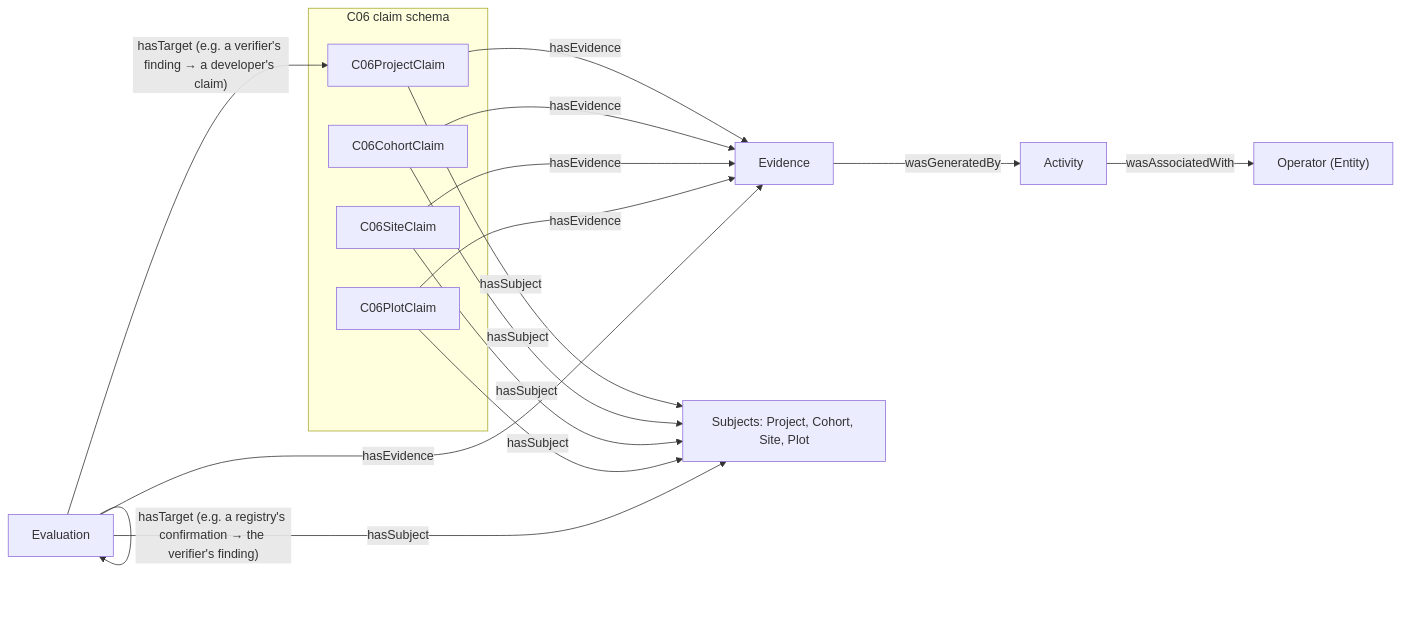
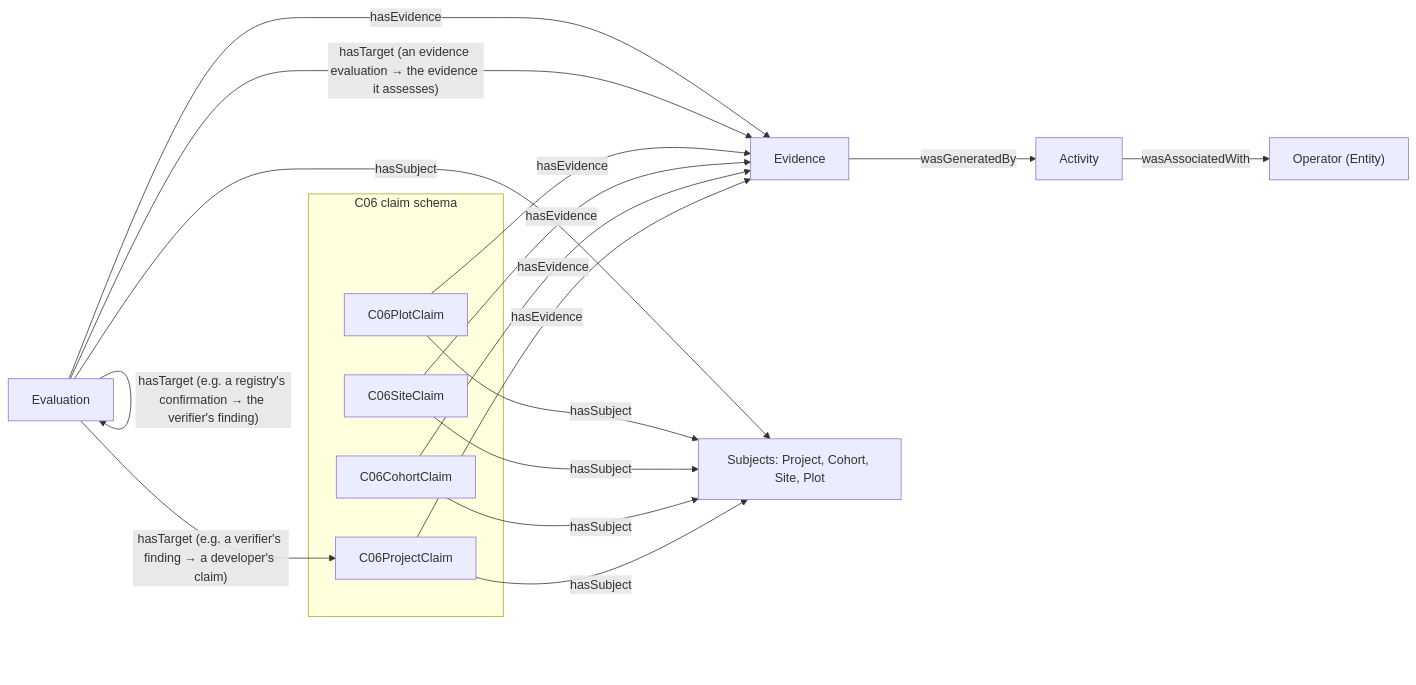
One commit to regen-network/regen-data-standards changed the first of 2 diagrams in docs/evaluation-and-evidence.md. Above: the diagram before and after it, drawn with Mermaid. The commit also changed other lines of this file and 24 other files, not shown here.

First line of the commit message:
feat(schema): split evaluation verdicts by kind (#73)

````diff
--- a/docs/evaluation-and-evidence.md
+++ b/docs/evaluation-and-evidence.md
@@ -19,23 +19,24 @@
 ```mermaid
 flowchart LR
     subgraph C06["C06 claim schema"]
       PC[C06ProjectClaim]
       CC[C06CohortClaim]
       SC[C06SiteClaim]
       PLC[C06PlotClaim]
     end
     A[Evaluation]
     E[Evidence]
     ACT[Activity]
     OP["Operator (Entity)"]
     S["Subjects: Project, Cohort, Site, Plot"]
 
     PC & CC & SC & PLC -- hasSubject --> S
     PC & CC & SC & PLC -- hasEvidence --> E
     A -- "hasTarget (e.g. a verifier's finding → a developer's claim)" --> PC
     A -- "hasTarget (e.g. a registry's confirmation → the verifier's finding)" --> A
+    A -- "hasTarget (an evidence evaluation → the evidence it assesses)" --> E
     A -- hasSubject --> S
     A -- hasEvidence --> E
     E -- wasGeneratedBy --> ACT
     ACT -- wasAssociatedWith --> OP
 ```
````
